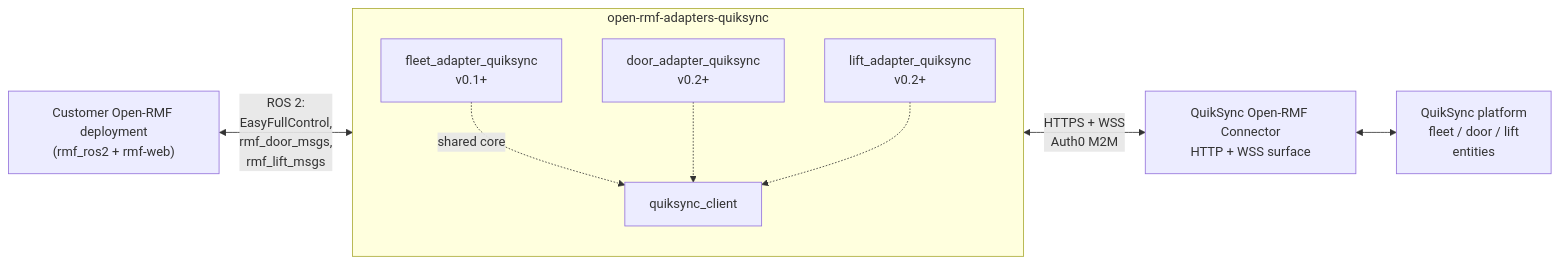
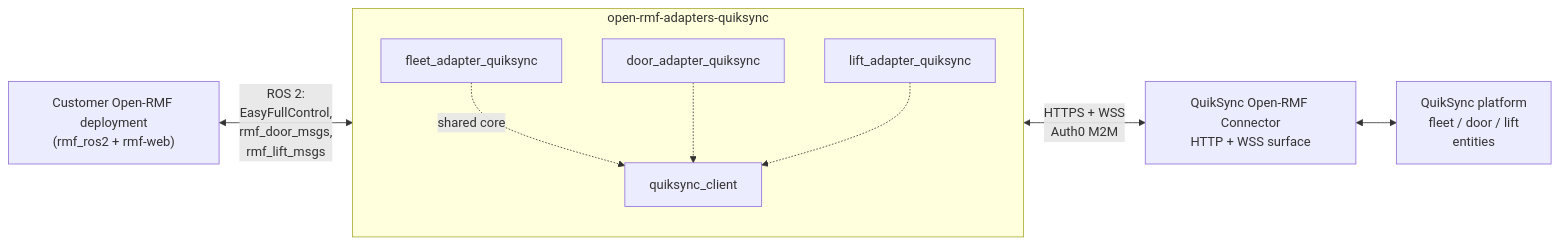
One commit to quikbot/open-rmf-adapters-quiksync changed the first of 2 diagrams in README.md. Above: the diagram before and after it, drawn with Mermaid. The commit also changed other lines of this file and 9 other files, not shown here.

First line of the commit message:
docs: refresh for v0.2.x — door + lift no longer stubs; document namespace + lazy registration

````diff
--- a/README.md
+++ b/README.md
@@ -26,21 +26,21 @@
 ```mermaid
 flowchart LR
   customer["Customer Open-RMF deployment<br/>(rmf_ros2 + rmf-web)"]
 
   subgraph adapters ["open-rmf-adapters-quiksync"]
     direction TB
-    fleet["fleet_adapter_quiksync<br/>v0.1+"]
-    door["door_adapter_quiksync<br/>v0.2+"]
-    lift["lift_adapter_quiksync<br/>v0.2+"]
+    fleet["fleet_adapter_quiksync"]
+    door["door_adapter_quiksync"]
+    lift["lift_adapter_quiksync"]
     fleet -.shared core.-> client["quiksync_client"]
     door -.-> client
     lift -.-> client
   end
 
   connector["QuikSync Open-RMF Connector<br/>HTTP + WSS surface"]
   platform["QuikSync platform<br/>fleet / door / lift<br/>entities"]
 
   customer <-->|"ROS 2:<br/>EasyFullControl,<br/>rmf_door_msgs,<br/>rmf_lift_msgs"| adapters
   adapters <-->|"HTTPS + WSS<br/>Auth0 M2M"| connector
   connector <--> platform
 ```
````
